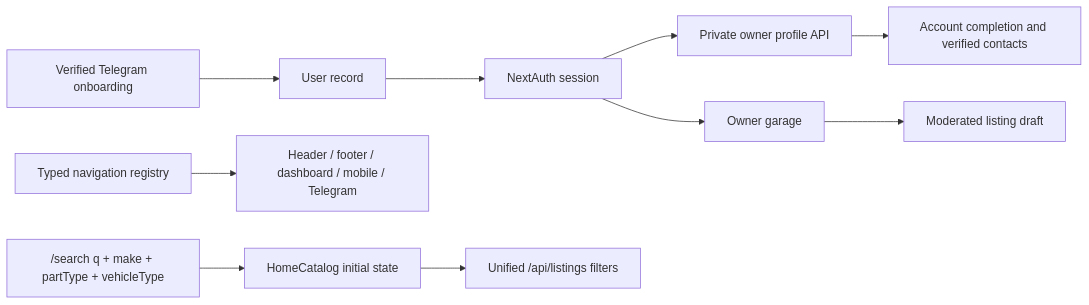
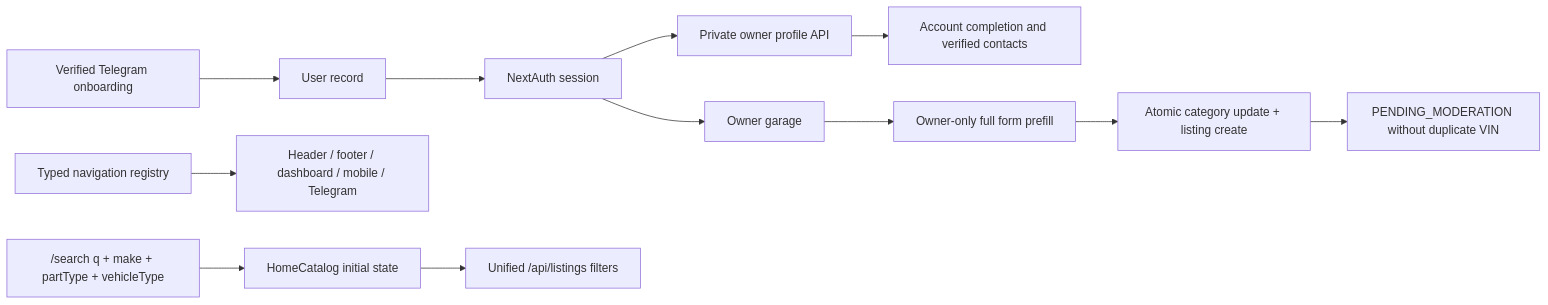
The third of 8 diagrams in docs/PROJECT_GRAPH.md (microsecret/automart), drawn with Mermaid before and after one commit. The commit also changed other lines of this file and 7 other files, not shown here.

````diff
--- a/docs/PROJECT_GRAPH.md
+++ b/docs/PROJECT_GRAPH.md
@@ -116,12 +116,14 @@
 ```mermaid
 flowchart LR
   Telegram["Verified Telegram onboarding"] --> User["User record"]
   User --> Session["NextAuth session"]
   Session --> OwnerProfile["Private owner profile API"]
   OwnerProfile --> Dashboard["Account completion and verified contacts"]
   Session --> Garage["Owner garage"]
-  Garage --> Listing["Moderated listing draft"]
+  Garage --> GaragePrefill["Owner-only full form prefill"]
+  GaragePrefill --> GarageConvert["Atomic category update + listing create"]
+  GarageConvert --> Listing["PENDING_MODERATION without duplicate VIN"]
   Navigation["Typed navigation registry"] --> Shells["Header / footer / dashboard / mobile / Telegram"]
   SearchUrl["/search q + make + partType + vehicleType"] --> Catalog["HomeCatalog initial state"]
   Catalog --> ListingsApi["Unified /api/listings filters"]
 ```
````
